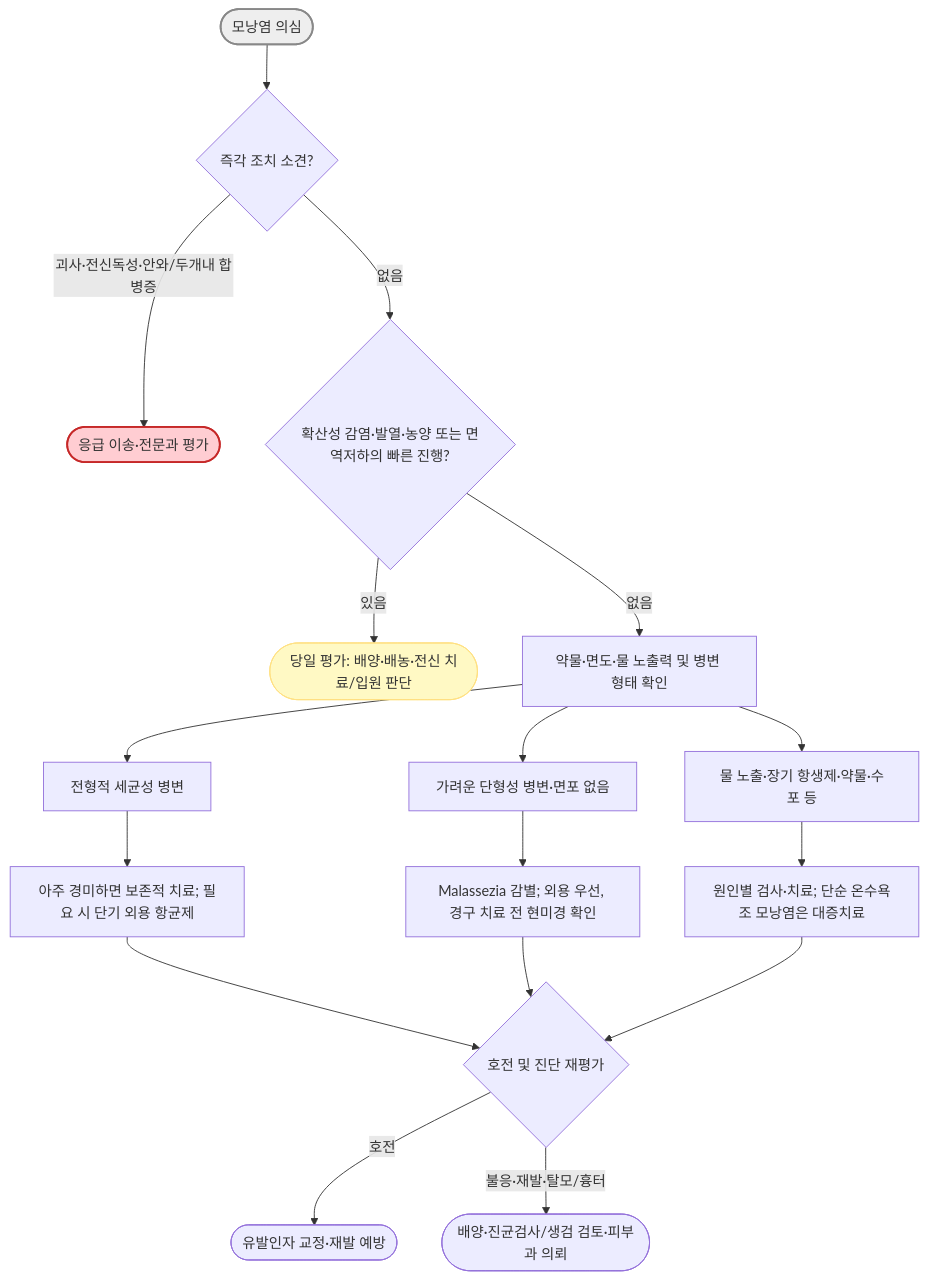
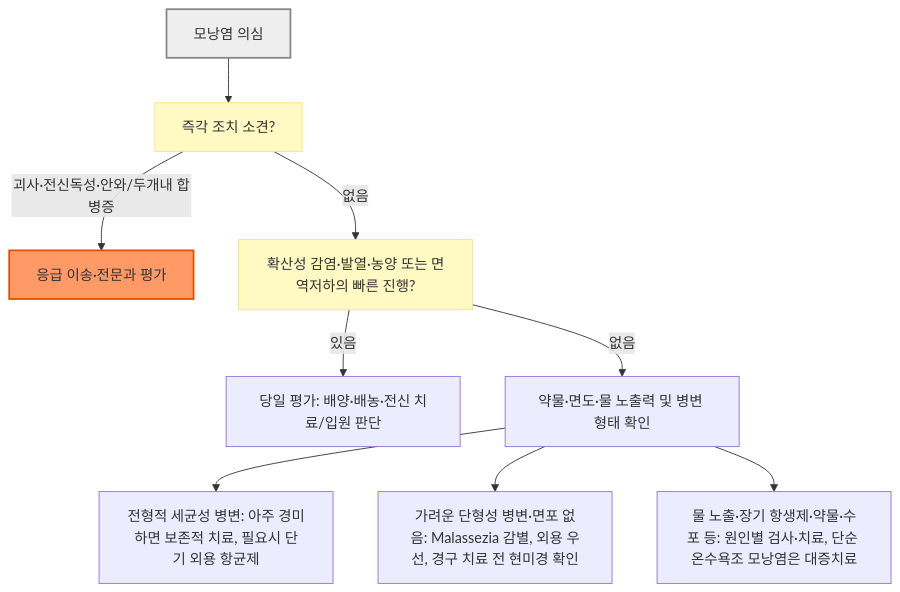
The diagram in 229_/167_-folliculitis.md (familyoh77/familyoh77), drawn with Mermaid before and after one commit. The commit also changed other lines of this file and 16 other files, not shown here.

````diff
--- a/229_/167_-folliculitis.md
+++ b/229_/167_-folliculitis.md
@@ -132,22 +132,16 @@
 ```mermaid
 flowchart TD
-    Start(["모낭염 의심"]) --> Risk{"즉각 조치 소견?"}
-    Risk -->|"괴사·전신독성·안와/두개내 합병증"| Urgent(["응급 이송·전문과 평가"])
-    Risk -->|"없음"| Severe{"확산성 감염·발열·농양 또는 면역저하의 빠른 진행?"}
-    Severe -->|"있음"| Same(["당일 평가: 배양·배농·전신 치료/입원 판단"])
+    Start["모낭염 의심"] --> Risk["즉각 조치 소견?"]
+    Risk -->|"괴사·전신독성·안와/두개내 합병증"| Urgent["응급 이송·전문과 평가"]
+    Risk -->|"없음"| Severe["확산성 감염·발열·농양 또는 면역저하의 빠른 진행?"]
+    Severe -->|"있음"| Same["당일 평가: 배양·배농·전신 치료/입원 판단"]
     Severe -->|"없음"| Assess["약물·면도·물 노출력 및 병변 형태 확인"]
-    Assess --> Bact["전형적 세균성 병변"]
-    Assess --> Malz["가려운 단형성 병변·면포 없음"]
-    Assess --> Special["물 노출·장기 항생제·약물·수포 등"]
-    Bact --> BactTx["아주 경미하면 보존적 치료; 필요 시 단기 외용 항균제"]
-    Malz --> MalzTx["Malassezia 감별; 외용 우선, 경구 치료 전 현미경 확인"]
-    Special --> OtherTx["원인별 검사·치료; 단순 온수욕조 모낭염은 대증치료"]
-    BactTx --> Review{"호전 및 진단 재평가"}
-    MalzTx --> Review
-    OtherTx --> Review
-    Review -->|"호전"| End(["유발인자 교정·재발 예방"])
-    Review -->|"불응·재발·탈모/흉터"| Refer(["배양·진균검사/생검 검토·피부과 의뢰"])
+    Assess --> Bact["전형적 세균성 병변: 아주 경미하면 보존적 치료, 필요시 단기 외용 항균제"]
+    Assess --> Malz["가려운 단형성 병변·면포 없음: Malassezia 감별, 외용 우선, 경구 치료 전 현미경 확인"]
+    Assess --> Special["물 노출·장기 항생제·약물·수포 등: 원인별 검사·치료, 단순 온수욕조 모낭염은 대증치료"]
+
+    classDef question fill:#fff9c4,stroke:#ffe082
+    class Risk,Severe question
     style Start fill:#eeeeee,stroke:#888888,stroke-width:2px
-    style Urgent fill:#ffcdd2,stroke:#c62828,stroke-width:2px
-    style Same fill:#fff9c4,stroke:#ffe082
+    style Urgent fill:#f96,stroke:#e65100,stroke-width:2px
 ```
````
